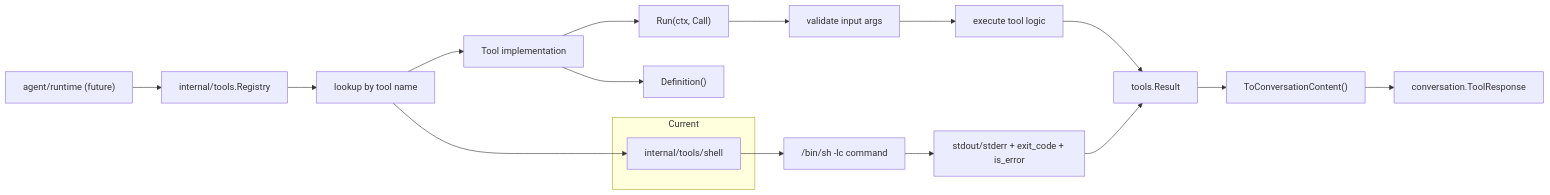
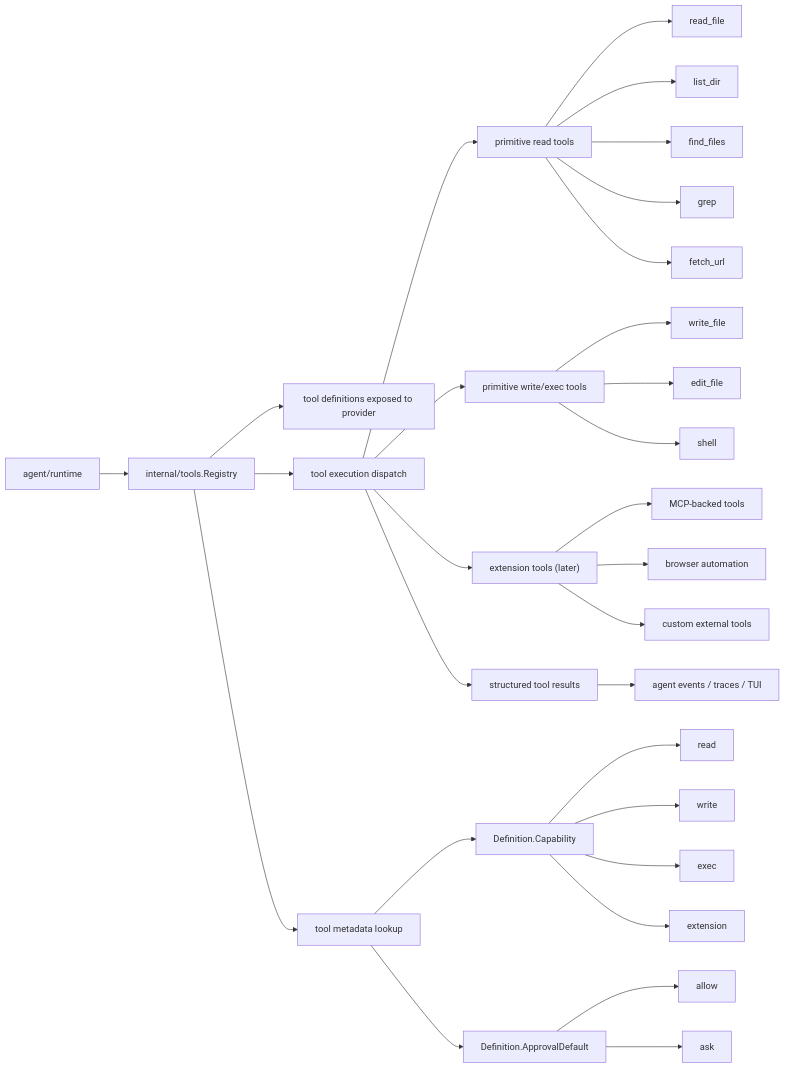
Before and after one commit to xren/goose-go: the diagram in internal/tools/ARCHITECTURE.md, drawn with Mermaid. The commit also changed other lines of this file and 46 other files, not shown here.

````diff
--- a/internal/tools/ARCHITECTURE.md
+++ b/internal/tools/ARCHITECTURE.md
@@ -20,25 +20,39 @@
 ```mermaid
 flowchart LR
-    A["agent/runtime (future)"] --> B["internal/tools.Registry"]
-    B --> C["lookup by tool name"]
-    C --> D["Tool implementation"]
+    A["agent/runtime"] --> B["internal/tools.Registry"]
+    B --> C["tool definitions exposed to provider"]
+    B --> D["tool execution dispatch"]
+    B --> E["tool metadata lookup"]
 
-    D --> E["Definition()"]
-    D --> F["Run(ctx, Call)"]
+    D --> F["primitive read tools"]
+    D --> G["primitive write/exec tools"]
+    D --> H["extension tools (later)"]
 
-    F --> G["validate input args"]
-    G --> H["execute tool logic"]
+    F --> F1["read_file"]
+    F --> F2["list_dir"]
+    F --> F3["find_files"]
+    F --> F4["grep"]
+    F --> F5["fetch_url"]
 
-    H --> I["tools.Result"]
-    I --> J["ToConversationContent()"]
-    J --> K["conversation.ToolResponse"]
+    G --> G1["write_file"]
+    G --> G2["edit_file"]
+    G --> G3["shell"]
 
-    subgraph Current
-      D1["internal/tools/shell"]
-    end
+    H --> H1["MCP-backed tools"]
+    H --> H2["browser automation"]
+    H --> H3["custom external tools"]
 
-    C --> D1
-    D1 --> H1["/bin/sh -lc command"]
-    H1 --> I1["stdout/stderr + exit_code + is_error"]
-    I1 --> I
+    E --> I["Definition.Capability"]
+    E --> J["Definition.ApprovalDefault"]
+
+    I --> I1["read"]
+    I --> I2["write"]
+    I --> I3["exec"]
+    I --> I4["extension"]
+
+    J --> J1["allow"]
+    J --> J2["ask"]
+
+    D --> K["structured tool results"]
+    K --> L["agent events / traces / TUI"]
 ```
````
